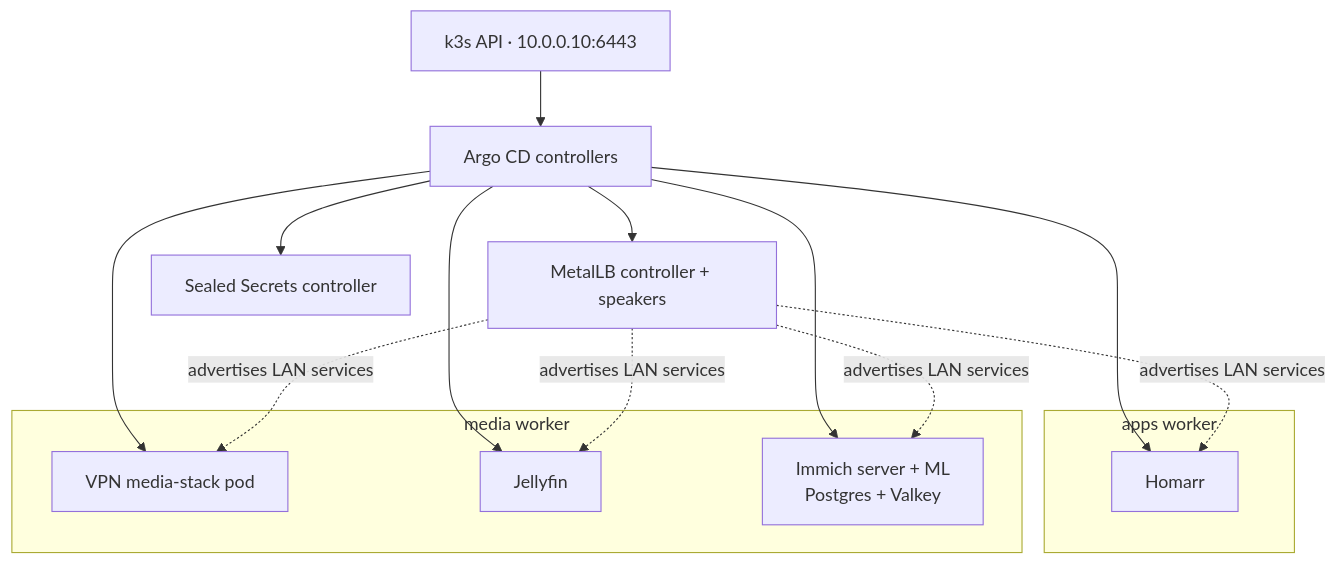
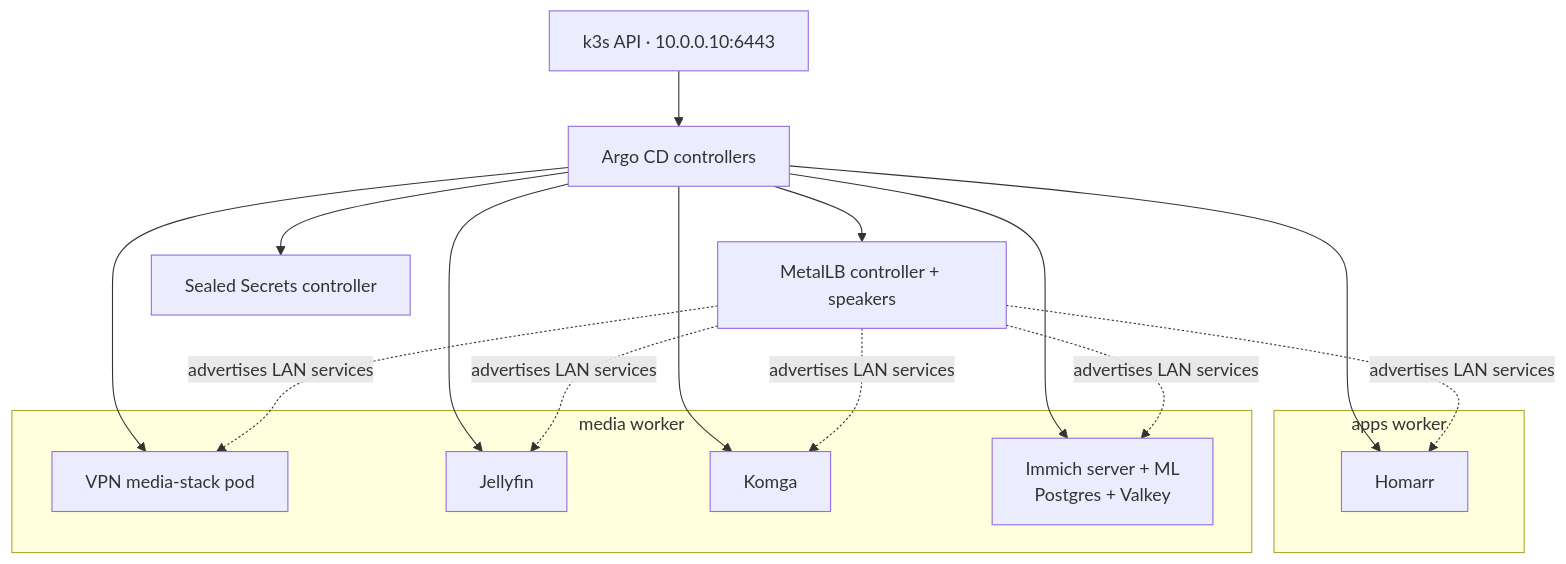
One commit to chevlpcmp-lab/HomeFalloutServer changed the second of 4 diagrams in docs/architecture.md. Above: the diagram before and after it, drawn with Mermaid. The commit also changed other lines of this file and 16 other files, not shown here.

````diff
--- a/docs/architecture.md
+++ b/docs/architecture.md
@@ -75,29 +75,32 @@
 ```mermaid
 flowchart TB
     API["k3s API · 10.0.0.10:6443"]
     Argo["Argo CD controllers"]
     Metal["MetalLB controller + speakers"]
     Seal["Sealed Secrets controller"]
 
     subgraph AppsNode["apps worker"]
         Homarr["Homarr"]
     end
 
     subgraph MediaNode["media worker"]
         MediaPod["VPN media-stack pod"]
         Jellyfin["Jellyfin"]
+        Komga["Komga"]
         Immich["Immich server + ML<br/>Postgres + Valkey"]
     end
 
     API --> Argo
     Argo --> Metal
     Argo --> Seal
     Argo --> Homarr
     Argo --> MediaPod
     Argo --> Jellyfin
+    Argo --> Komga
     Argo --> Immich
     Metal -.->|advertises LAN services| Homarr
     Metal -.->|advertises LAN services| MediaPod
     Metal -.->|advertises LAN services| Jellyfin
+    Metal -.->|advertises LAN services| Komga
     Metal -.->|advertises LAN services| Immich
 ```
````
